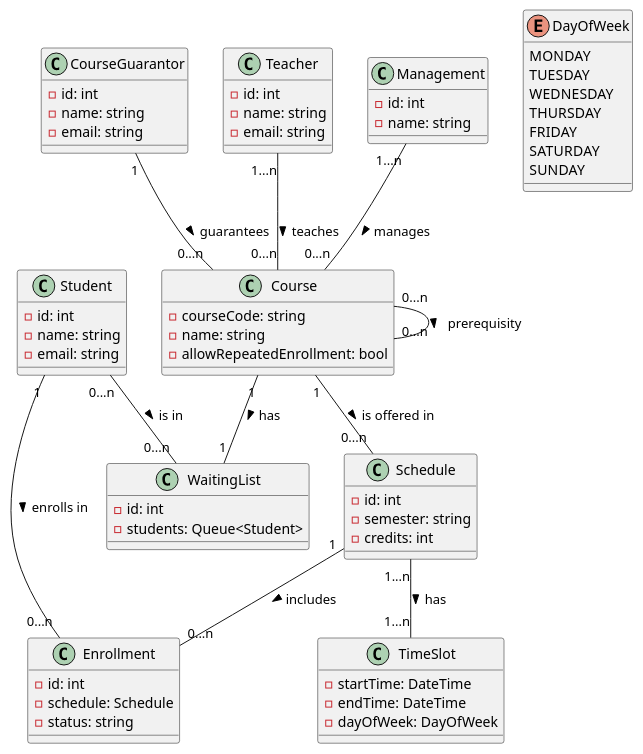
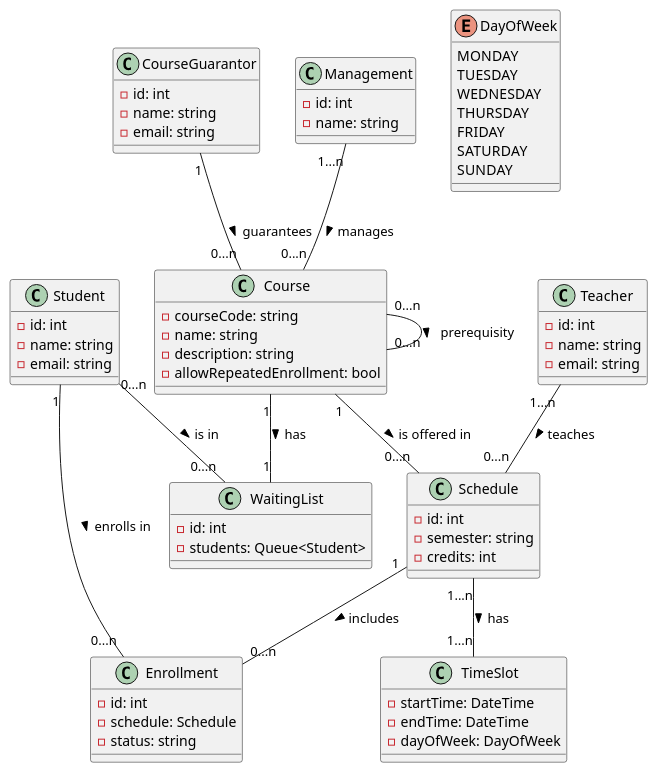
The fifth of 5 diagrams in seminar-work-template.md (matejsubrt/uvod-sw-inz), drawn with PlantUML before and after one commit. The commit also changed other lines of this file, not shown here.

Commit message:
sending emails activity diagram added

````diff
--- a/seminar-work-template.md
+++ b/seminar-work-template.md
@@ -189,77 +335,78 @@
 ```plantuml
 @startuml
 class Student {
     -id: int
     -name: string
     -email: string
 }
 
 class Course {
     -courseCode: string
     -name: string
+    -description: string
     -allowRepeatedEnrollment: bool
 }
 
 class Schedule {
     -id: int
     -semester: string
     -credits: int
 }
 
 class TimeSlot {
   - startTime: DateTime
   - endTime: DateTime
   - dayOfWeek: DayOfWeek
 }
 
 enum DayOfWeek {
   MONDAY
   TUESDAY
   WEDNESDAY
   THURSDAY
   FRIDAY
   SATURDAY
   SUNDAY
 }
 
 class Enrollment {
     -id: int
     -schedule: Schedule
     -status: string
 }
 
 class WaitingList {
     -id: int
     -students: Queue<Student>
 }
 
 class CourseGuarantor {
     -id: int
     -name: string
     -email: string
 }
 
 class Teacher {
     -id: int
     -name: string
     -email: string
 }
 
 class Management {
     -id: int
     -name: string
 }
 
 Student "1" -- "0...n" Enrollment : enrolls in >
 Student "0...n" -- "0...n" WaitingList : is in >
 Course "1" -- "0...n" Schedule : is offered in >
 Course "0...n" -- "0...n" Course : prerequisity >
 CourseGuarantor "1" -- "0...n" Course : guarantees >
-Teacher "1...n" -- "0...n" Course : teaches >
+Teacher "1...n" -- "0...n" Schedule : teaches >
 Management "1...n" -- "0...n" Course : manages >
 Schedule "1" -- "0...n" Enrollment : includes >
 Course "1" -- "1" WaitingList : has >
 Schedule "1...n" -- "1...n" TimeSlot : has >
 @enduml
 
 ```
````
